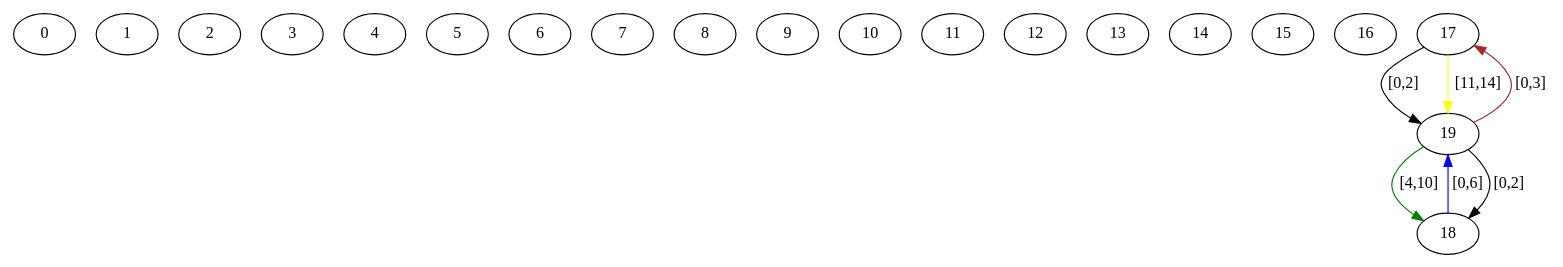
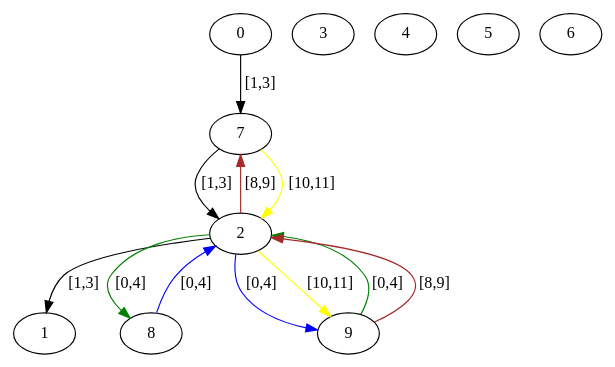
The diagram in src/assignedGraphs/assignedRSA.dot (Hebbe1234/ExpectAll), drawn with Graphviz before and after one commit. The commit also changed 3 other files, not shown here.

```diff
--- a/src/assignedGraphs/assignedRSA.dot
+++ b/src/assignedGraphs/assignedRSA.dot
@@ -1,28 +1,23 @@
 digraph  {
-0 [Internal=1, label=0];
-1 [Internal=1, label=1];
-2 [Internal=1, label=2];
-3 [Internal=1, label=3];
-4 [Internal=1, label=4];
-5 [Internal=1, label=5];
-6 [Internal=1, label=6];
-7 [Internal=1, label=7];
-8 [Internal=1, label=8];
-9 [Internal=1, label=9];
-10 [Internal=1, label=10];
-11 [Internal=1, label=11];
-12 [Internal=1, label=12];
-13 [Internal=1, label=13];
-14 [Internal=1, label=14];
-15 [Internal=1, label=15];
-16 [Internal=1, label=16];
-17 [Internal=1, label=17];
-18 [Internal=1, label=18];
-19 [Internal=1, label=19];
-17 -> 19  [color=black, key=0, label="[0,2]"];
-17 -> 19  [color=yellow, key=1, label="[11,14]"];
-18 -> 19  [color=blue, key=0, label="[0,6]"];
-19 -> 18  [color=black, key=0, label="[0,2]"];
-19 -> 18  [color=green, key=1, label="[4,10]"];
-19 -> 17  [color=brown, key=0, label="[0,3]"];
+0 [Internal=1, id=0, label=0];
+1 [Internal=1, id=1, label=1];
+2 [Internal=1, id=2, label=2];
+3 [Internal=1, id=3, label=3];
+4 [Internal=1, id=4, label=4];
+5 [Internal=1, id=5, label=5];
+6 [Internal=1, id=6, label=6];
+7 [Internal=1, id=7, label=7];
+8 [Internal=1, id=8, label=8];
+9 [Internal=1, id=9, label=9];
+0 -> 7  [color=black, key=0, label="[1,3]"];
+2 -> 9  [color=blue, key=0, label="[0,4]"];
+2 -> 9  [color=yellow, key=1, label="[10,11]"];
+2 -> 8  [color=green, key=0, label="[0,4]"];
+2 -> 7  [color=brown, key=0, label="[8,9]"];
+2 -> 1  [color=black, key=0, label="[1,3]"];
+7 -> 2  [color=yellow, key=0, label="[10,11]"];
+7 -> 2  [color=black, key=1, label="[1,3]"];
+8 -> 2  [color=blue, key=0, label="[0,4]"];
+9 -> 2  [color=green, key=0, label="[0,4]"];
+9 -> 2  [color=brown, key=1, label="[8,9]"];
 }
```
